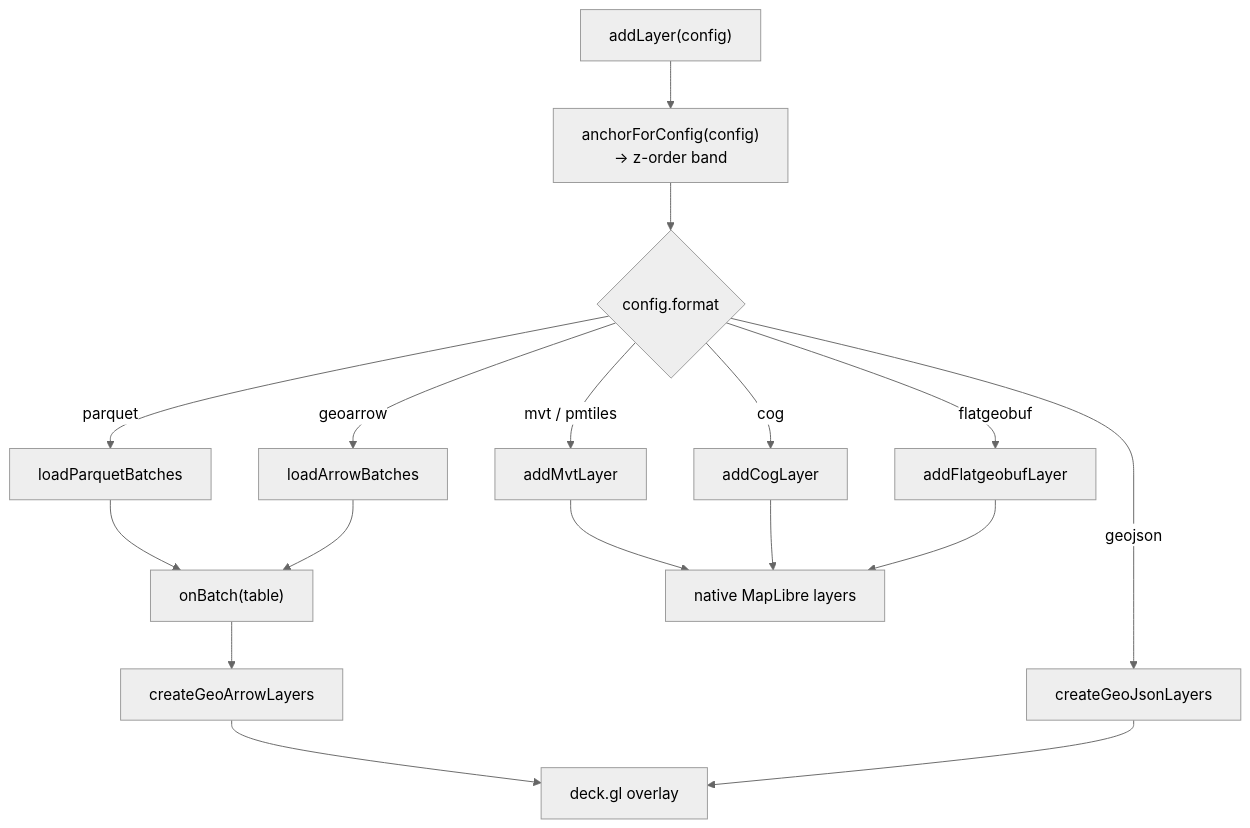
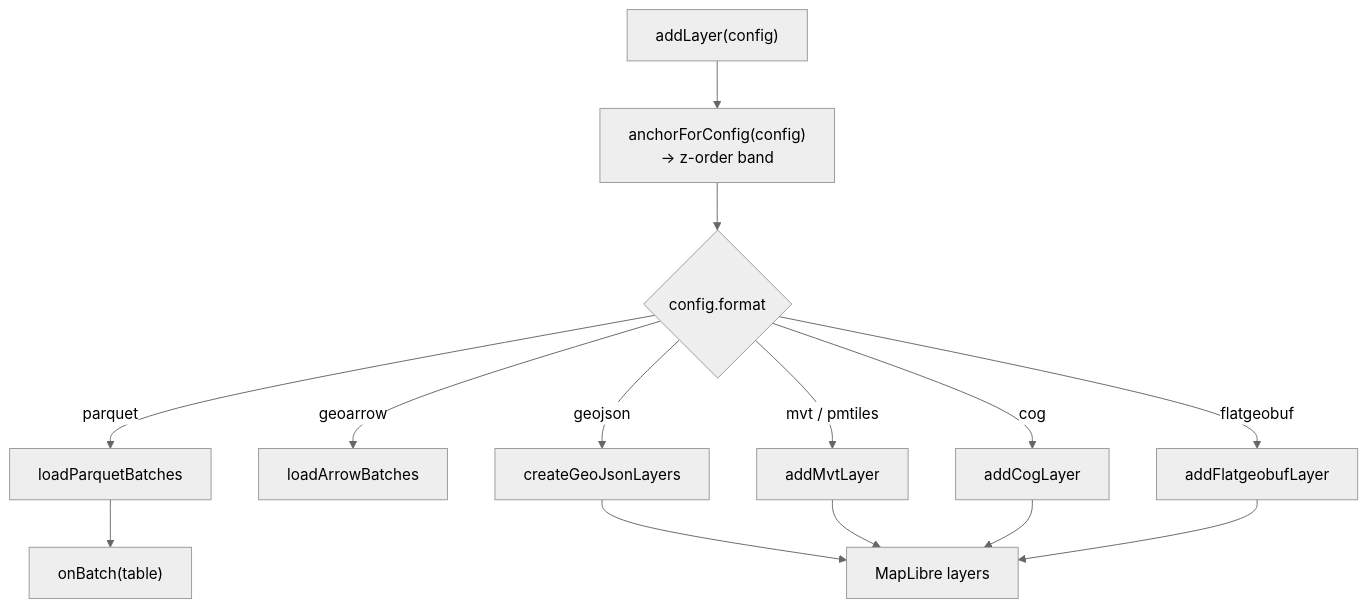
Before and after one commit to ObjectVision/DeRondeKaart: the third of 4 diagrams in docs/system-design.md, drawn with Mermaid (neutral theme). The commit also changed other lines of this file and 26 other files, not shown here.

````diff
--- a/docs/system-design.md
+++ b/docs/system-design.md
@@ -305,22 +303,19 @@
 ```mermaid
 flowchart TD
     start["addLayer(config)"] --> anchor["anchorForConfig(config)<br/>→ z-order band"]
     anchor --> fmt{"config.format"}
 
     fmt -->|parquet| pq["loadParquetBatches"]
     fmt -->|geoarrow| ar["loadArrowBatches"]
     fmt -->|geojson| gj["createGeoJsonLayers"]
     fmt -->|"mvt / pmtiles"| mvt["addMvtLayer"]
     fmt -->|cog| cog["addCogLayer"]
     fmt -->|flatgeobuf| fgb["addFlatgeobufLayer"]
 
     pq --> onbatch["onBatch(table)"]
-    ar --> onbatch
-    onbatch --> geoarrow["createGeoArrowLayers"]
-    geoarrow --> deckout["deck.gl overlay"]
-    gj --> deckout
+    gj --> mlout
 
-    mvt --> mlout["native MapLibre layers"]
+    mvt --> mlout["MapLibre layers"]
     cog --> mlout
     fgb --> mlout
 ```
````
